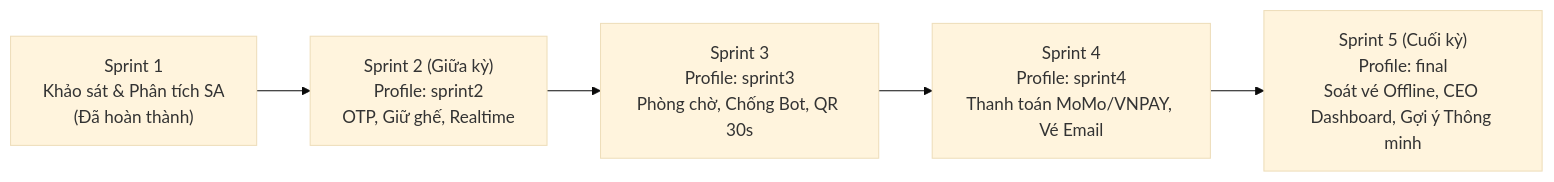
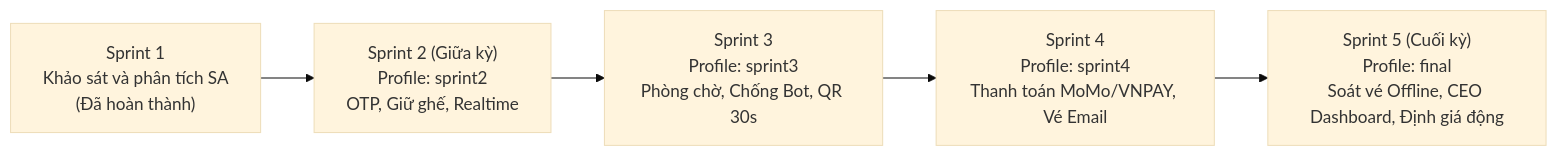
Before and after one commit to nhansp/COSH301: the diagram in docs/sprints.md, drawn with Mermaid (base theme). The commit also changed other lines of this file and 3 other files, not shown here.

````diff
--- a/docs/sprints.md
+++ b/docs/sprints.md
@@ -9,7 +9,7 @@
 ```mermaid
 flowchart LR
-    S1["Sprint 1\nKhảo sát & Phân tích SA\n(Đã hoàn thành)"] --> S2["Sprint 2 (Giữa kỳ)\nProfile: sprint2\nOTP, Giữ ghế, Realtime"]
-    S2 --> S3["Sprint 3\nProfile: sprint3\nPhòng chờ, Chống Bot, QR 30s"]
-    S3 --> S4["Sprint 4\nProfile: sprint4\nThanh toán MoMo/VNPAY, Vé Email"]
-    S4 --> S5["Sprint 5 (Cuối kỳ)\nProfile: final\nSoát vé Offline, CEO Dashboard, Gợi ý Thông minh"]
+    S1["Sprint 1<br/>Khảo sát và phân tích SA<br/>(Đã hoàn thành)"] --> S2["Sprint 2 (Giữa kỳ)<br/>Profile: sprint2<br/>OTP, Giữ ghế, Realtime"]
+    S2 --> S3["Sprint 3<br/>Profile: sprint3<br/>Phòng chờ, Chống Bot, QR 30s"]
+    S3 --> S4["Sprint 4<br/>Profile: sprint4<br/>Thanh toán MoMo/VNPAY, Vé Email"]
+    S4 --> S5["Sprint 5 (Cuối kỳ)<br/>Profile: final<br/>Soát vé Offline, CEO Dashboard, Định giá động"]
 ```
````
